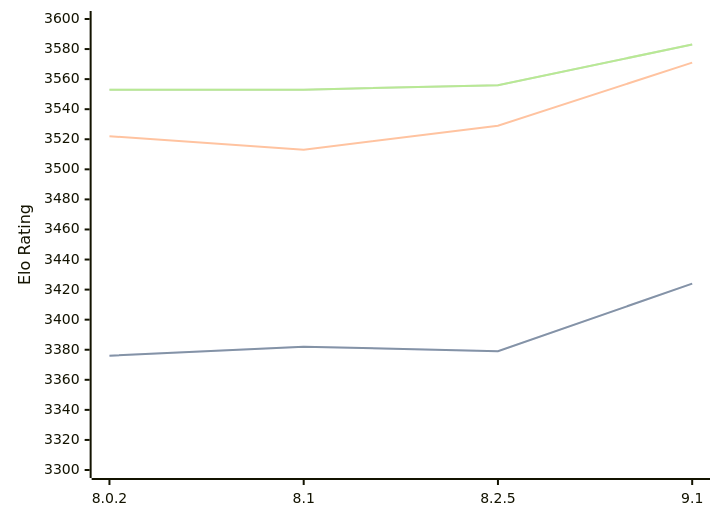
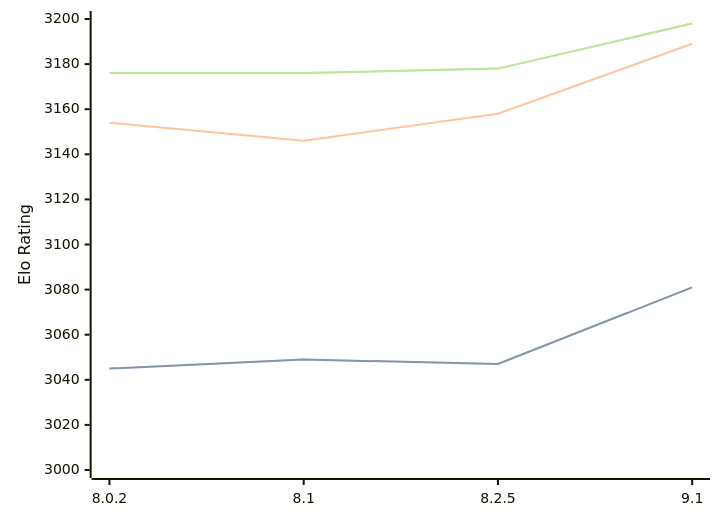
One commit to computer-chess-index/cci changed the diagram in engines/Clover.md. Above: the diagram before and after it, drawn with Mermaid. The commit also changed other lines of this file, not shown here.

Commit message:
Update CCI Ratings (ELO VLTC) - 2026-02-23

````diff
--- a/engines/Clover.md
+++ b/engines/Clover.md
@@ -61,11 +61,11 @@
 ```mermaid
 %%{init: {"theme":"base","themeVariables":{"seriesColors:['#a3a3a3','#222221','#faa371']}}}%%
 xychart-beta
   x-axis ["8.0.2", "8.1", "8.2.5", "9.1"]
-  y-axis "Elo Rating" 3300 --> 3600
-  line "STC (8.0+0.08s)" [3376, 3382, 3379, 3424]
-  line "STC (8.0+0.08s)" [3376, 3382, 3379, 3424]
-  line "LTC (60.0+0.60s)" [3522, 3513, 3529, 3571]
-  line "VLTC (2m24s+1.12s)" [3553, 3553, 3556, 3583]
-  line "VLTC (2m24s+1.12s)" [3553, 3553, 3556, 3583]
+  y-axis "Elo Rating" 3000 --> 3200
+  line "STC (8.0+0.08s)" [3045, 3049, 3047, 3081]
+  line "STC (8.0+0.08s)" [3045, 3049, 3047, 3081]
+  line "LTC (60.0+0.60s)" [3154, 3146, 3158, 3189]
+  line "VLTC (2m24s+1.12s)" [3176, 3176, 3178, 3198]
+  line "VLTC (2m24s+1.12s)" [3176, 3176, 3178, 3198]
 ```
````
